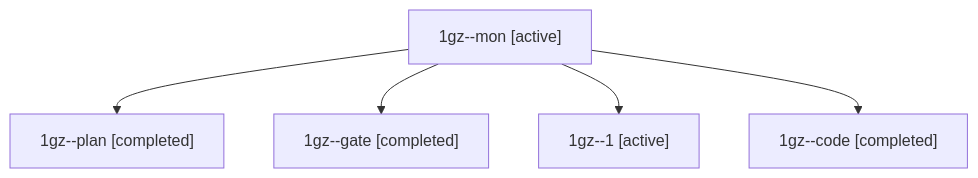
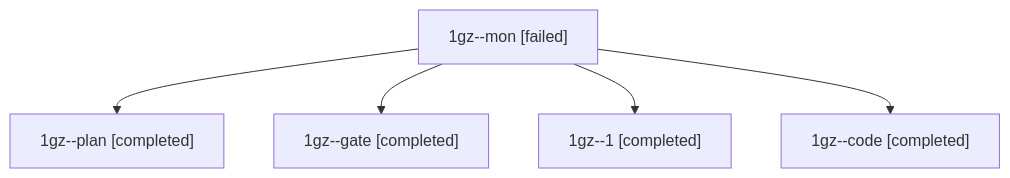
Before and after one commit to bobs-org/bob-cli--agents: the diagram in sessions/bbugyi200.athena.1gz.md, drawn with Mermaid. The commit also changed other lines of this file and 46 other files, not shown here.

````diff
--- a/sessions/bbugyi200.athena.1gz.md
+++ b/sessions/bbugyi200.athena.1gz.md
@@ -9,12 +9,12 @@
 ```mermaid
 flowchart TD
-  n0["1gz--mon [active]"]
+  n0["1gz--mon [failed]"]
   n1["1gz--plan [completed]"]
   n0 --> n1
   n2["1gz--gate [completed]"]
   n0 --> n2
-  n3["1gz--1 [active]"]
+  n3["1gz--1 [completed]"]
   n0 --> n3
   n4["1gz--code [completed]"]
   n0 --> n4
 ```
````
